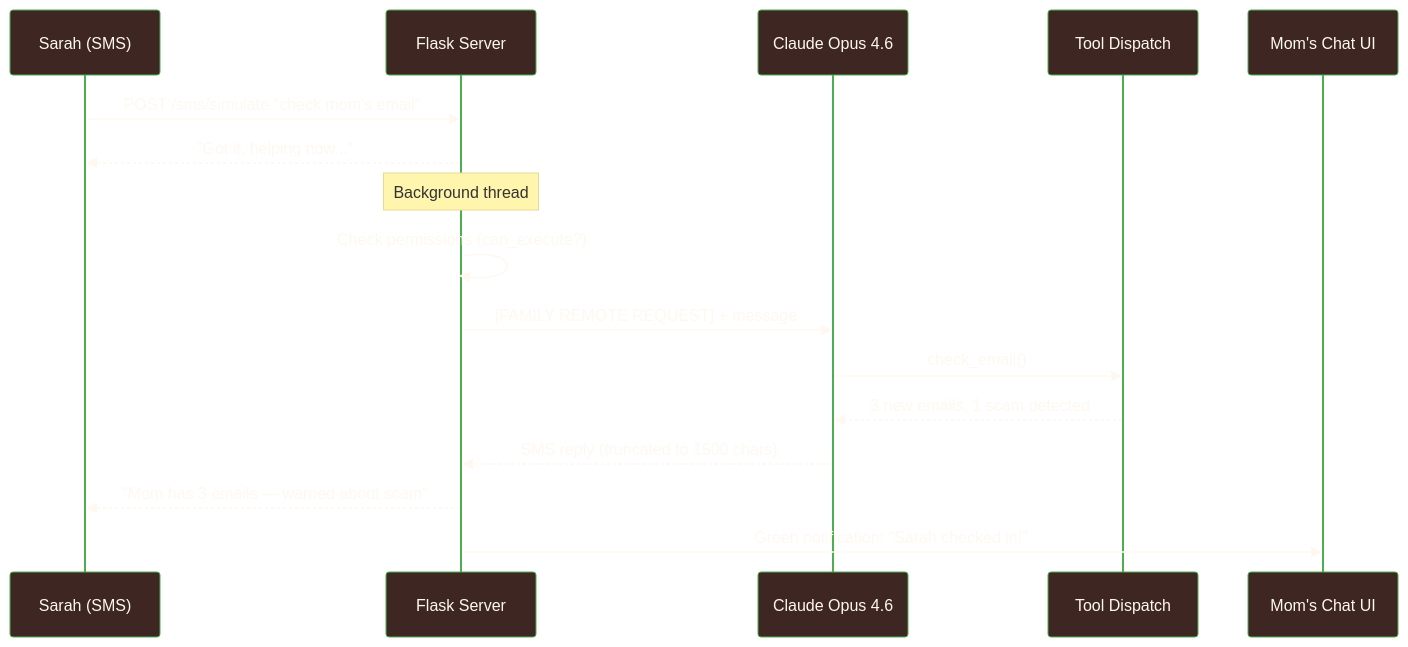
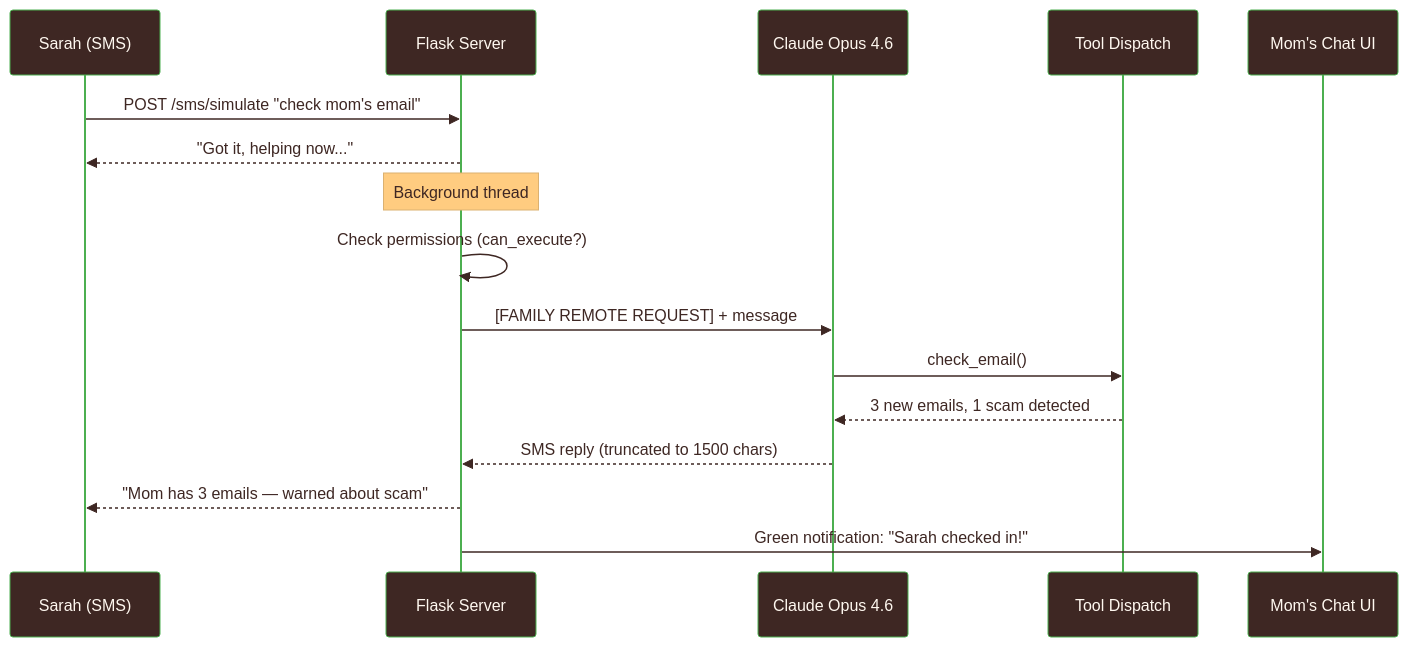
The fourth of 5 diagrams in ARCHITECTURE.md (ges257/techbuddy), drawn with Mermaid before and after one commit. The commit also changed other lines of this file, not shown here.

First line of the commit message:
Fix sequence diagram text visibility, convert tiered fallback to Mermaid

````diff
--- a/ARCHITECTURE.md
+++ b/ARCHITECTURE.md
@@ -243,23 +243,23 @@
 ```mermaid
-%%{init: {'theme': 'base', 'themeVariables': { 'primaryColor': '#3E2723', 'primaryTextColor': '#FFF8F0', 'primaryBorderColor': '#4CAF50', 'lineColor': '#FFCC80', 'secondaryColor': '#5D4037'}}}%%
+%%{init: {'theme': 'base', 'themeVariables': { 'primaryColor': '#3E2723', 'primaryTextColor': '#FFF8F0', 'primaryBorderColor': '#4CAF50', 'lineColor': '#5D4037', 'secondaryColor': '#5D4037', 'signalColor': '#3E2723', 'signalTextColor': '#3E2723', 'labelTextColor': '#3E2723', 'actorTextColor': '#FFF8F0', 'noteBkgColor': '#FFCC80', 'noteTextColor': '#3E2723'}}}%%
 
 sequenceDiagram
     participant Daughter as Sarah (SMS)
     participant Flask as Flask Server
     participant Claude as Claude Opus 4.6
     participant Tools as Tool Dispatch
     participant Mom as Mom's Chat UI
 
     Daughter->>Flask: POST /sms/simulate "check mom's email"
     Flask-->>Daughter: "Got it, helping now..."
 
     Note over Flask: Background thread
     Flask->>Flask: Check permissions (can_execute?)
     Flask->>Claude: [FAMILY REMOTE REQUEST] + message
     Claude->>Tools: check_email()
     Tools-->>Claude: 3 new emails, 1 scam detected
     Claude-->>Flask: SMS reply (truncated to 1500 chars)
 
     Flask-->>Daughter: "Mom has 3 emails — warned about scam"
     Flask->>Mom: Green notification: "Sarah checked in!"
 ```
````
